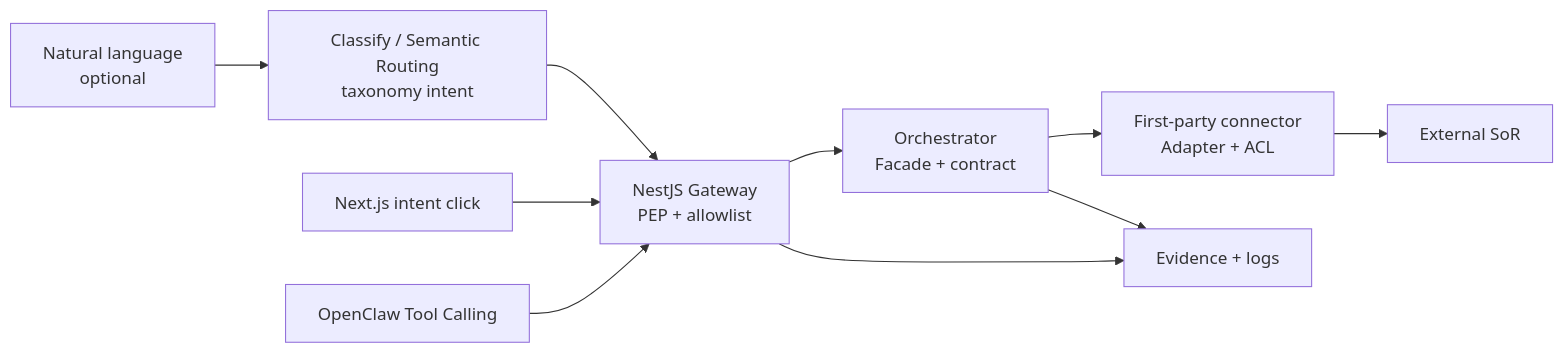
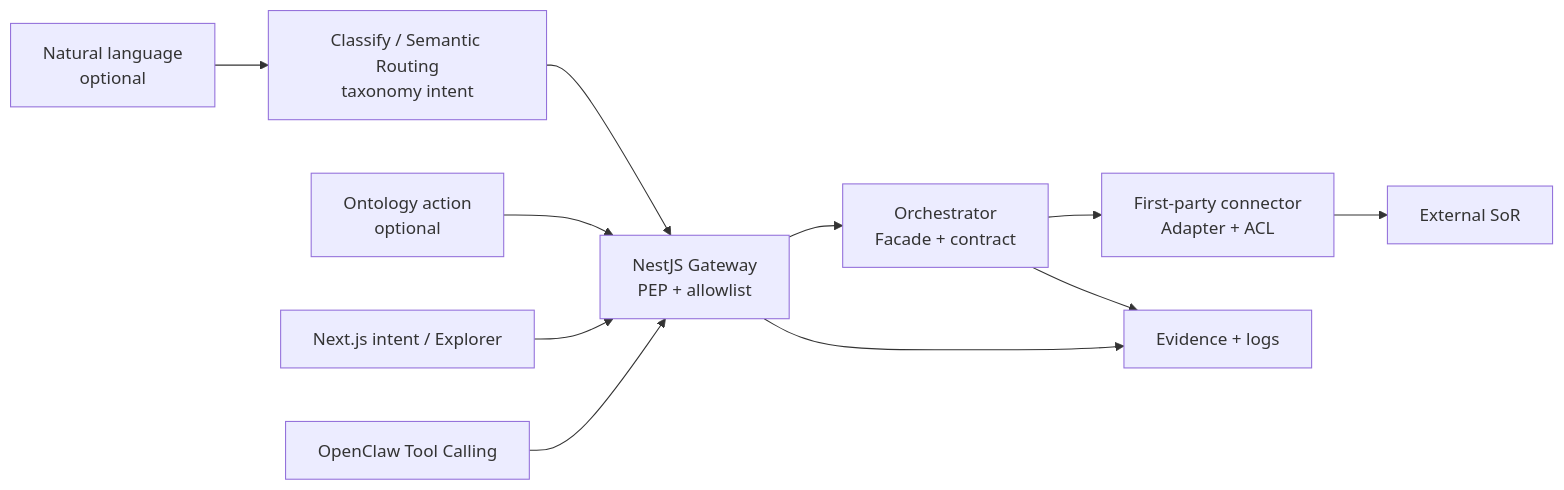
The diagram in docs/Development/governed-execution.md (llanesleonardo/controlPanelErpOdoo), drawn with Mermaid before and after one commit. The commit also changed other lines of this file and 77 other files, not shown here.

First line of the commit message:
Ship Ontology Language with Schema, Explorer, Vertex, and process map.

````diff
--- a/docs/Development/governed-execution.md
+++ b/docs/Development/governed-execution.md
@@ -25,20 +27,22 @@
 ```mermaid
 flowchart LR
   NL["Natural language\noptional"]
   Classify["Classify / Semantic Routing\ntaxonomy intent"]
+  OntoAct["Ontology action\noptional"]
   GW["NestJS Gateway\nPEP + allowlist"]
   Orch["Orchestrator\nFacade + contract"]
   Conn["First-party connector\nAdapter + ACL"]
   SoR["External SoR"]
   Ev["Evidence + logs"]
 
   NL --> Classify
   Classify --> GW
-  UI["Next.js intent click"] --> GW
+  OntoAct --> GW
+  UI["Next.js intent / Explorer"] --> GW
   Agent["OpenClaw Tool Calling"] --> GW
   GW --> Orch
   Orch --> Conn
   Conn --> SoR
   Orch --> Ev
   GW --> Ev
 ```
````
